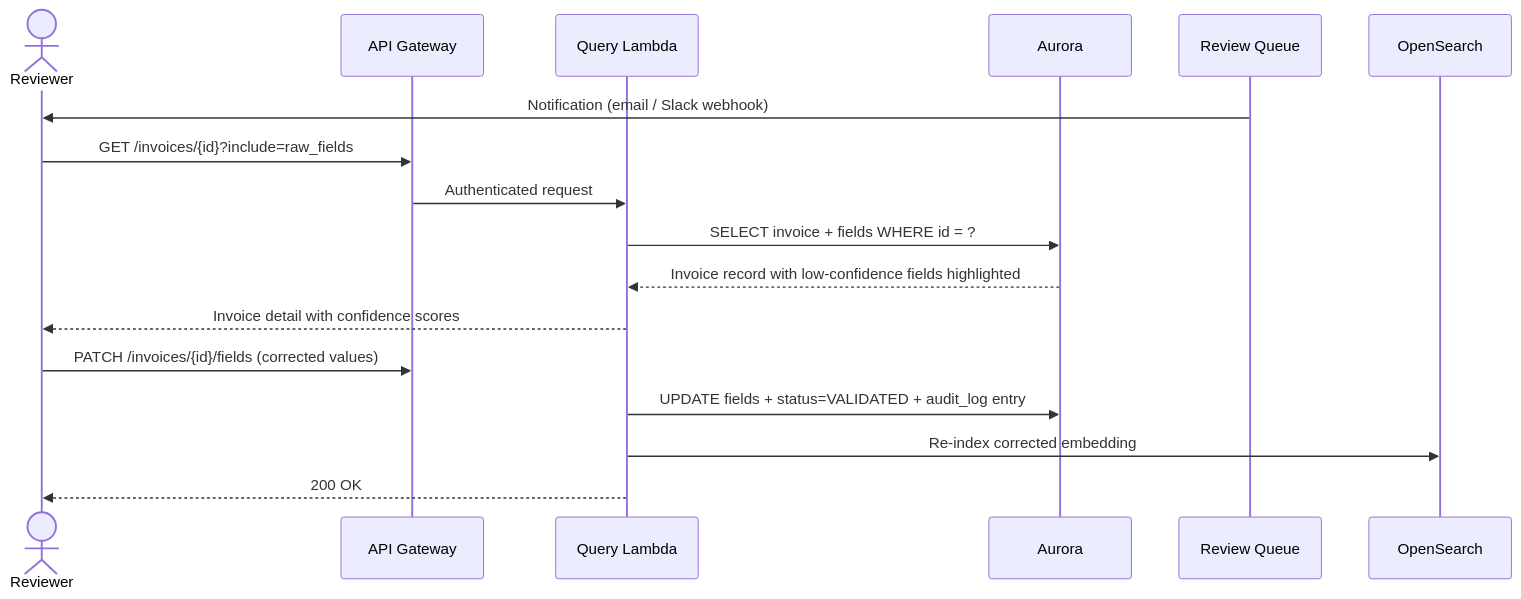
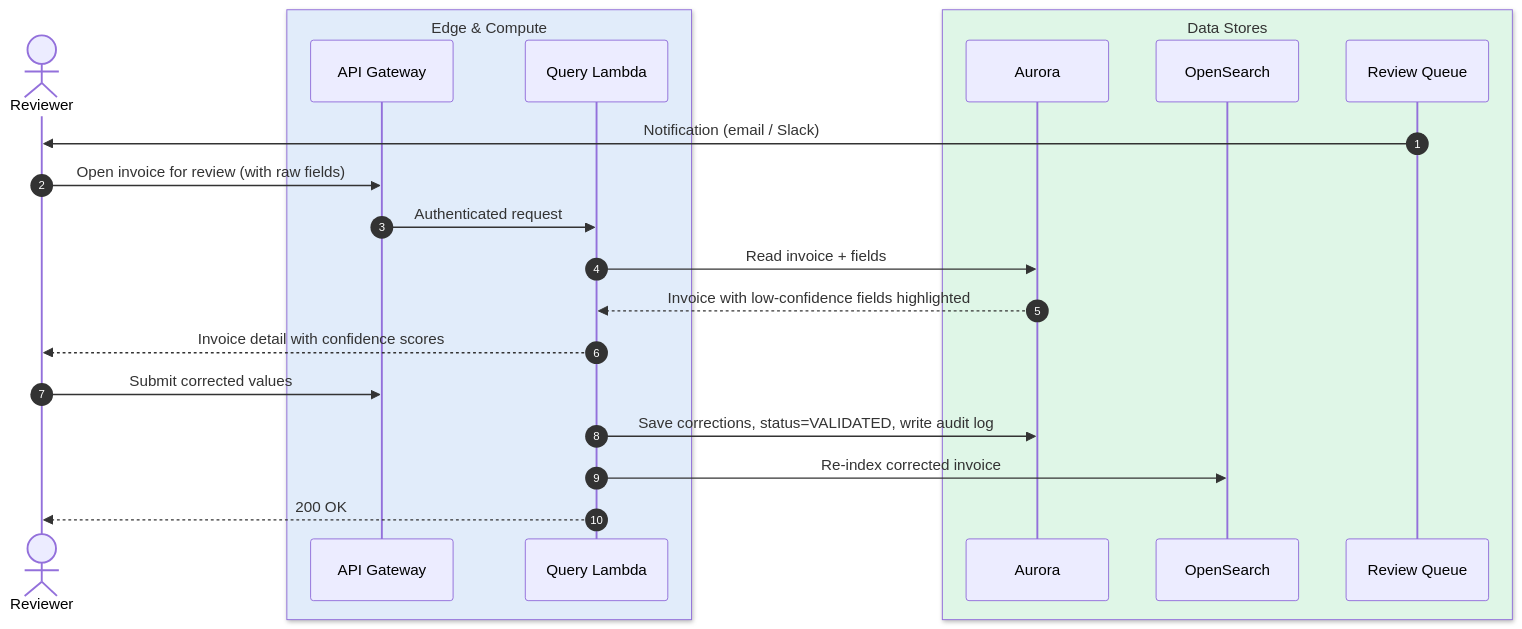
Before and after one commit to asloth/b2bplatform-receipts: the fourth of 6 diagrams in docs/01-system-design.md, drawn with Mermaid. The commit also changed other lines of this file and 4 other files, not shown here.

````diff
--- a/docs/01-system-design.md
+++ b/docs/01-system-design.md
@@ -133,20 +185,26 @@
 ```mermaid
 sequenceDiagram
+    autonumber
     actor Reviewer
+    box rgb(225,236,250) Edge & Compute
     participant APIGW as API Gateway
     participant QueryFn as Query Lambda
+    end
+    box rgb(223,246,231) Data Stores
     participant Aurora
+    participant OpenSearch
     participant SQS as Review Queue
+    end
 
-    SQS->>Reviewer: Notification (email / Slack webhook)
-    Reviewer->>APIGW: GET /invoices/{id}?include=raw_fields
+    SQS->>Reviewer: Notification (email / Slack)
+    Reviewer->>APIGW: Open invoice for review (with raw fields)
     APIGW->>QueryFn: Authenticated request
-    QueryFn->>Aurora: SELECT invoice + fields WHERE id = ?
-    Aurora-->>QueryFn: Invoice record with low-confidence fields highlighted
+    QueryFn->>Aurora: Read invoice + fields
+    Aurora-->>QueryFn: Invoice with low-confidence fields highlighted
     QueryFn-->>Reviewer: Invoice detail with confidence scores
 
-    Reviewer->>APIGW: PATCH /invoices/{id}/fields (corrected values)
-    QueryFn->>Aurora: UPDATE fields + status=VALIDATED + audit_log entry
-    QueryFn->>OpenSearch: Re-index corrected embedding
+    Reviewer->>APIGW: Submit corrected values
+    QueryFn->>Aurora: Save corrections, status=VALIDATED, write audit log
+    QueryFn->>OpenSearch: Re-index corrected invoice
     QueryFn-->>Reviewer: 200 OK
 ```
````
